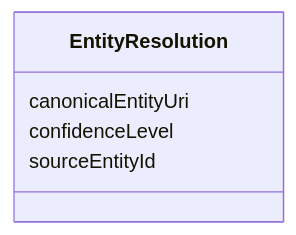
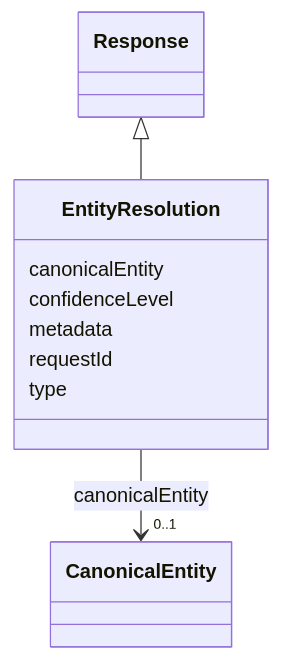
Before and after one commit to meaningfy-ws/er-system: the diagram in docs/schema/EntityResolution.md, drawn with Mermaid. The commit also changed other lines of this file and 20 other files, not shown here.

````diff
--- a/docs/schema/EntityResolution.md
+++ b/docs/schema/EntityResolution.md
@@ -26,12 +26,28 @@
 ```mermaid
  classDiagram
     class EntityResolution
     click EntityResolution href "../EntityResolution/"
-      EntityResolution : canonicalEntityUri
+      Response <|-- EntityResolution
+        click Response href "../Response/"
+      
+      EntityResolution : canonicalEntity
+        
+          
+    
+        
+        
+        EntityResolution --> "0..1" CanonicalEntity : canonicalEntity
+        click CanonicalEntity href "../CanonicalEntity/"
+    
+
         
       EntityResolution : confidenceLevel
         
-      EntityResolution : sourceEntityId
+      EntityResolution : metadata
+        
+      EntityResolution : requestId
+        
+      EntityResolution : type
         
       
 ```
````
